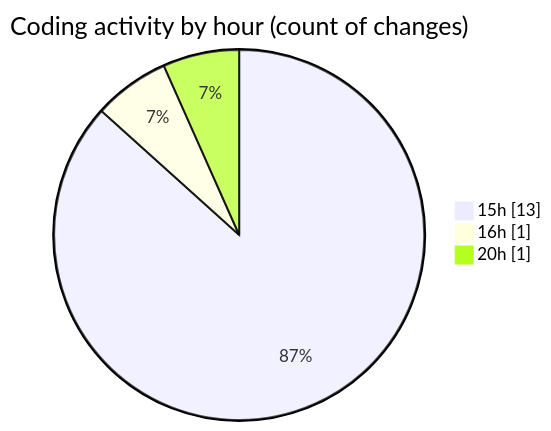
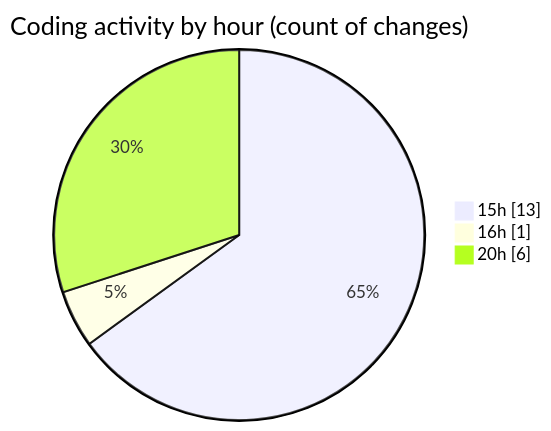
Before and after one commit to EIIisD/code-tracking: the second of 2 diagrams in 2025-07-17/ribbon/README.md, drawn with Mermaid. The commit also changed other lines of this file and 1 other file, not shown here.

````diff
--- a/2025-07-17/ribbon/README.md
+++ b/2025-07-17/ribbon/README.md
@@ -40,7 +44,7 @@
 ```mermaid
 pie showData
 title Coding activity by hour (count of changes)
 "15h" : 13
 "16h" : 1
-"20h" : 1
+"20h" : 6
 ```
````
